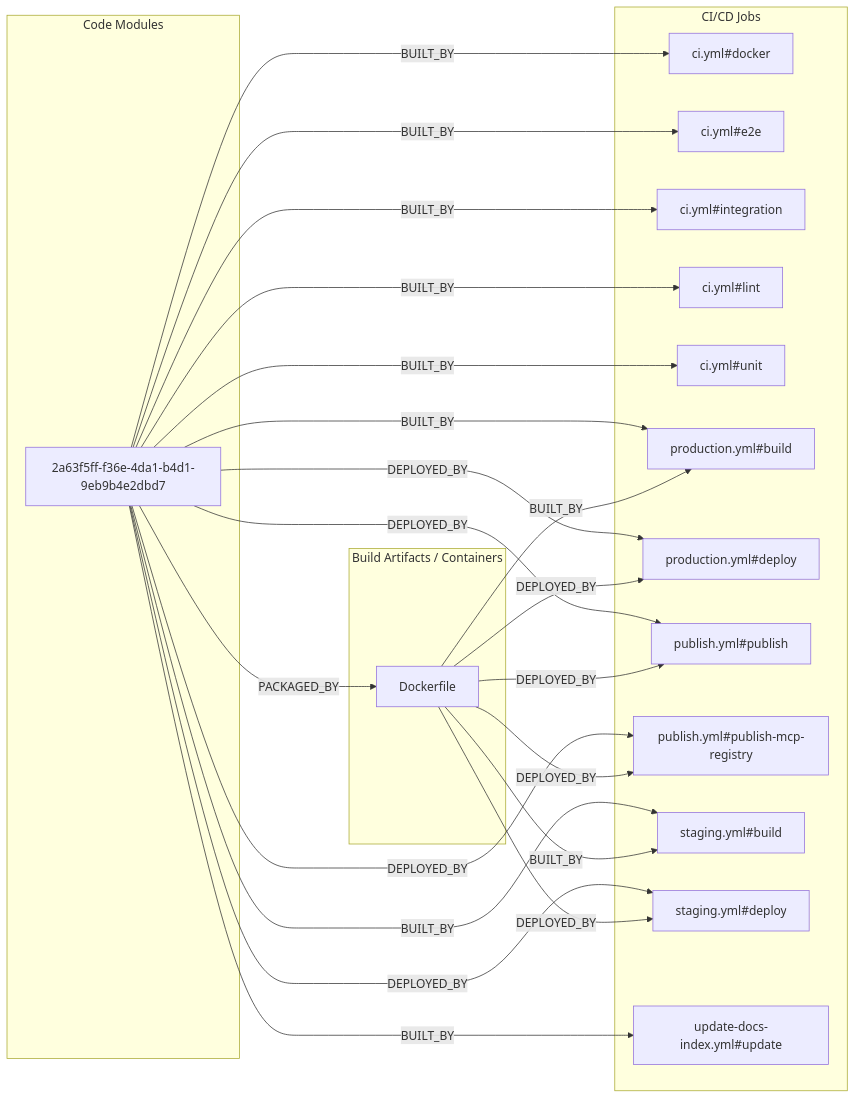
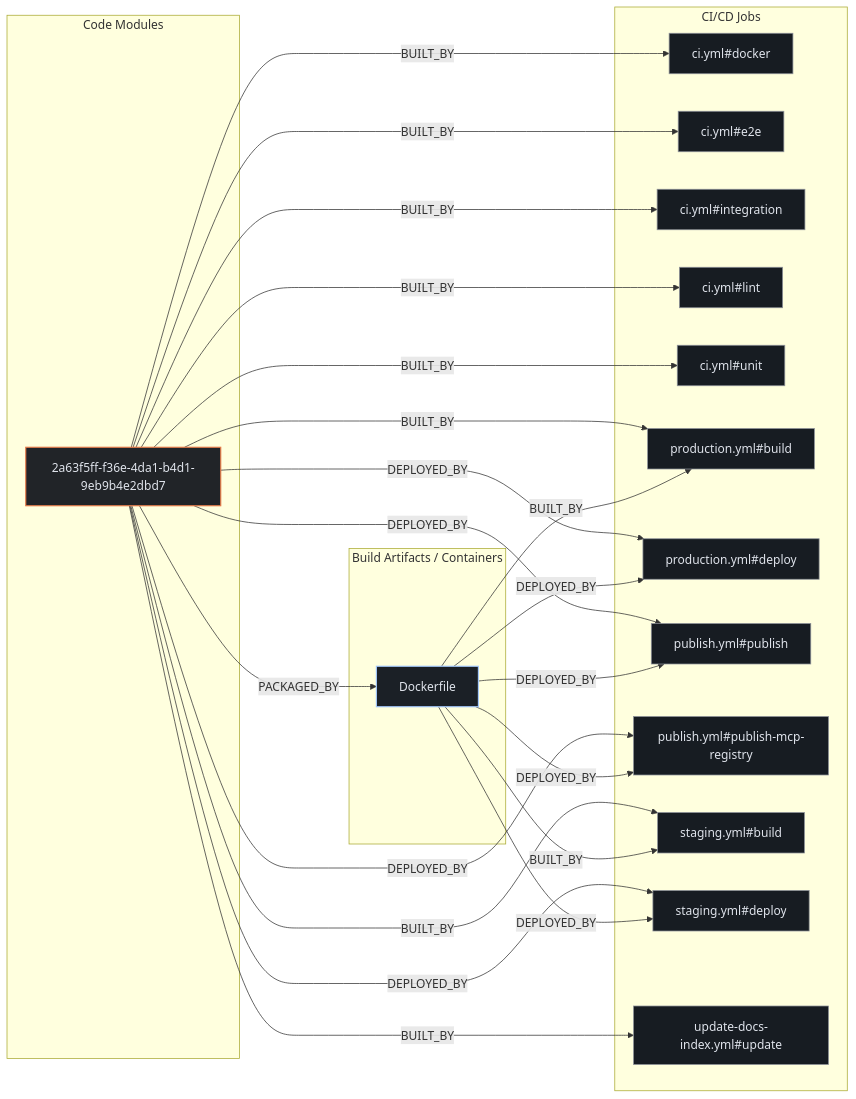
The second of 3 diagrams in exports/latest/reports/appwrite-mcp-report.md (kumarshaz/atruss-code-atlas), drawn with Mermaid before and after one commit. The commit also changed other lines of this file and 331 other files, not shown here.

Commit message:
docs,ui,fix: update SDLC docs, reorder CI/CD DAG first, stylize Mermaid, and fix Arc42 pipeline topology

````diff
--- a/exports/latest/reports/appwrite-mcp-report.md
+++ b/exports/latest/reports/appwrite-mcp-report.md
@@ -164,42 +171,46 @@
 ```mermaid
 flowchart LR
+    classDef atlasCategory fill:#212428,stroke:#E87A48,stroke-width:1.5px,color:#dfe3eb
+    classDef atlasWorkflow fill:#1b2026,stroke:#a3c9ff,stroke-width:1.5px,color:#dfe3eb
+    classDef atlasJob fill:#171c22,stroke:#8d9199,stroke-width:1px,color:#dfe3eb
+    classDef atlasTarget fill:#005227,stroke:#8bd99b,stroke-width:1.5px,color:#a7f6b6
     subgraph code_modules["Code Modules"]
-        mod_2a63f5ff_f36e_4da1_b4d1_9eb9b4e2dbd7["2a63f5ff-f36e-4da1-b4d1-9eb9b4e2dbd7"]
+        mod_2a63f5ff_f36e_4da1_b4d1_9eb9b4e2dbd7["2a63f5ff-f36e-4da1-b4d1-9eb9b4e2dbd7"]:::atlasCategory
     end
     subgraph build_artifacts["Build Artifacts / Containers"]
-        art_Dockerfile["Dockerfile"]
+        art_Dockerfile["Dockerfile"]:::atlasWorkflow
     end
     subgraph ci_jobs["CI/CD Jobs"]
-        job_ci_yml_docker["ci.yml#docker"]
-        job_ci_yml_e2e["ci.yml#e2e"]
-        job_ci_yml_integration["ci.yml#integration"]
-        job_ci_yml_lint["ci.yml#lint"]
-        job_ci_yml_unit["ci.yml#unit"]
-        job_production_yml_build["production.yml#build"]
-        job_production_yml_deploy["production.yml#deploy"]
-        job_publish_yml_publish["publish.yml#publish"]
-        job_publish_yml_publish_mcp_registry["publish.yml#publish-mcp-registry"]
-        job_staging_yml_build["staging.yml#build"]
-        job_staging_yml_deploy["staging.yml#deploy"]
-        job_update_docs_index_yml_update["update-docs-index.yml#update"]
+        job_ci_yml_docker["ci.yml#docker"]:::atlasJob
+        job_ci_yml_e2e["ci.yml#e2e"]:::atlasJob
+        job_ci_yml_integration["ci.yml#integration"]:::atlasJob
+        job_ci_yml_lint["ci.yml#lint"]:::atlasJob
+        job_ci_yml_unit["ci.yml#unit"]:::atlasJob
+        job_production_yml_build["production.yml#build"]:::atlasJob
+        job_production_yml_deploy["production.yml#deploy"]:::atlasJob
+        job_publish_yml_publish["publish.yml#publish"]:::atlasJob
+        job_publish_yml_publish_mcp_registry["publish.yml#publish-mcp-registry"]:::atlasJob
+        job_staging_yml_build["staging.yml#build"]:::atlasJob
+        job_staging_yml_deploy["staging.yml#deploy"]:::atlasJob
+        job_update_docs_index_yml_update["update-docs-index.yml#update"]:::atlasJob
     end
     mod_2a63f5ff_f36e_4da1_b4d1_9eb9b4e2dbd7 -->|BUILT_BY| job_ci_yml_docker
     mod_2a63f5ff_f36e_4da1_b4d1_9eb9b4e2dbd7 -->|BUILT_BY| job_ci_yml_e2e
     mod_2a63f5ff_f36e_4da1_b4d1_9eb9b4e2dbd7 -->|BUILT_BY| job_ci_yml_integration
     mod_2a63f5ff_f36e_4da1_b4d1_9eb9b4e2dbd7 -->|BUILT_BY| job_ci_yml_lint
     mod_2a63f5ff_f36e_4da1_b4d1_9eb9b4e2dbd7 -->|BUILT_BY| job_ci_yml_unit
     mod_2a63f5ff_f36e_4da1_b4d1_9eb9b4e2dbd7 -->|BUILT_BY| job_production_yml_build
     mod_2a63f5ff_f36e_4da1_b4d1_9eb9b4e2dbd7 -->|BUILT_BY| job_staging_yml_build
     mod_2a63f5ff_f36e_4da1_b4d1_9eb9b4e2dbd7 -->|BUILT_BY| job_update_docs_index_yml_update
     mod_2a63f5ff_f36e_4da1_b4d1_9eb9b4e2dbd7 -->|DEPLOYED_BY| job_production_yml_deploy
     mod_2a63f5ff_f36e_4da1_b4d1_9eb9b4e2dbd7 -->|DEPLOYED_BY| job_publish_yml_publish
     mod_2a63f5ff_f36e_4da1_b4d1_9eb9b4e2dbd7 -->|DEPLOYED_BY| job_publish_yml_publish_mcp_registry
     mod_2a63f5ff_f36e_4da1_b4d1_9eb9b4e2dbd7 -->|DEPLOYED_BY| job_staging_yml_deploy
     mod_2a63f5ff_f36e_4da1_b4d1_9eb9b4e2dbd7 -->|PACKAGED_BY| art_Dockerfile
     art_Dockerfile -->|BUILT_BY| job_production_yml_build
     art_Dockerfile -->|BUILT_BY| job_staging_yml_build
     art_Dockerfile -->|DEPLOYED_BY| job_production_yml_deploy
     art_Dockerfile -->|DEPLOYED_BY| job_publish_yml_publish
     art_Dockerfile -->|DEPLOYED_BY| job_publish_yml_publish_mcp_registry
     art_Dockerfile -->|DEPLOYED_BY| job_staging_yml_deploy
 ```
````
